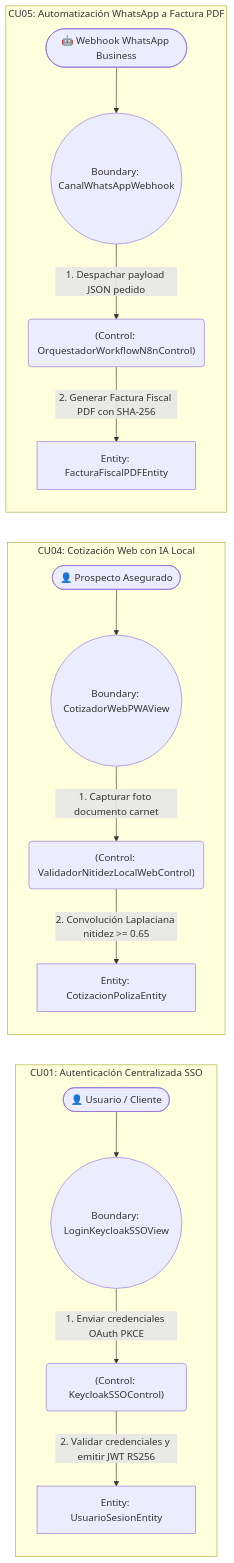
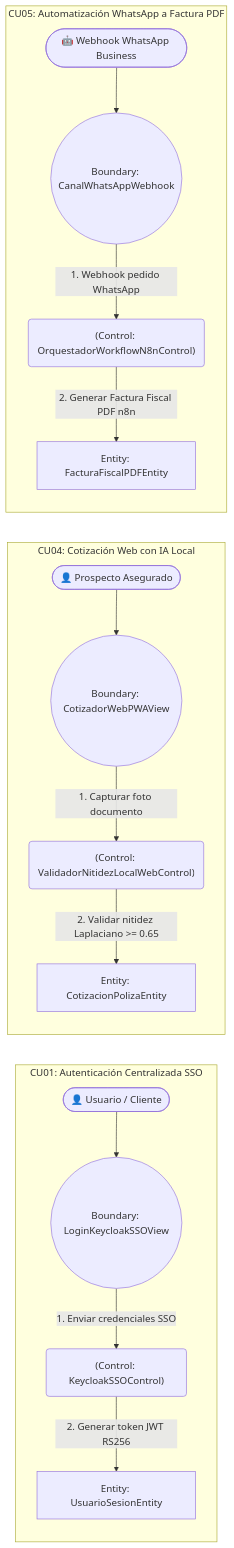
One commit to DiegoxdGarcia2/2doParcialSW2 changed the third of 17 diagrams in docs/opcion_B_documentacion.md. Above: the diagram before and after it, drawn with Mermaid. The commit also changed other lines of this file and 5 other files, not shown here.

Commit message:
docs(iconix): normalizar documentacion al 100% segun Indice_ICONIX.pdf (Capitulos I, II y III con Requisitos, Reglas de Negocio, Dominio, Robustez, Secuencia y BD)

````diff
--- a/docs/opcion_B_documentacion.md
+++ b/docs/opcion_B_documentacion.md
@@ -790,35 +877,35 @@
 ```mermaid
 flowchart LR
     subgraph CU01["CU01: Autenticación Centralizada SSO"]
         A_User(["👤 Usuario / Cliente"])
         B_Login(("Boundary: LoginKeycloakSSOView"))
         C_Auth("(Control: KeycloakSSOControl)")
         E_Session["Entity: UsuarioSesionEntity"]
 
         A_User --> B_Login
-        B_Login -->|1. Enviar credenciales OAuth PKCE| C_Auth
-        C_Auth -->|2. Validar credenciales y emitir JWT RS256| E_Session
+        B_Login -->|1. Enviar credenciales SSO| C_Auth
+        C_Auth -->|2. Generar token JWT RS256| E_Session
     end
 
     subgraph CU04["CU04: Cotización Web con IA Local"]
         A_Client(["👤 Prospecto Asegurado"])
         B_Cotiz(("Boundary: CotizadorWebPWAView"))
         C_Laplace("(Control: ValidadorNitidezLocalWebControl)")
         E_Cotiz["Entity: CotizacionPolizaEntity"]
 
         A_Client --> B_Cotiz
-        B_Cotiz -->|1. Capturar foto documento carnet| C_Laplace
-        C_Laplace -->|2. Convolución Laplaciana nitidez >= 0.65| E_Cotiz
+        B_Cotiz -->|1. Capturar foto documento| C_Laplace
+        C_Laplace -->|2. Validar nitidez Laplaciano >= 0.65| E_Cotiz
     end
 
     subgraph CU05["CU05: Automatización WhatsApp a Factura PDF"]
         A_Bot(["🤖 Webhook WhatsApp Business"])
         B_WpHook(("Boundary: CanalWhatsAppWebhook"))
         C_N8n("(Control: OrquestadorWorkflowN8nControl)")
         E_Factura["Entity: FacturaFiscalPDFEntity"]
 
         A_Bot --> B_WpHook
-        B_WpHook -->|1. Despachar payload JSON pedido| C_N8n
-        C_N8n -->|2. Generar Factura Fiscal PDF con SHA-256| E_Factura
+        B_WpHook -->|1. Webhook pedido WhatsApp| C_N8n
+        C_N8n -->|2. Generar Factura Fiscal PDF n8n| E_Factura
     end
 ```
````
